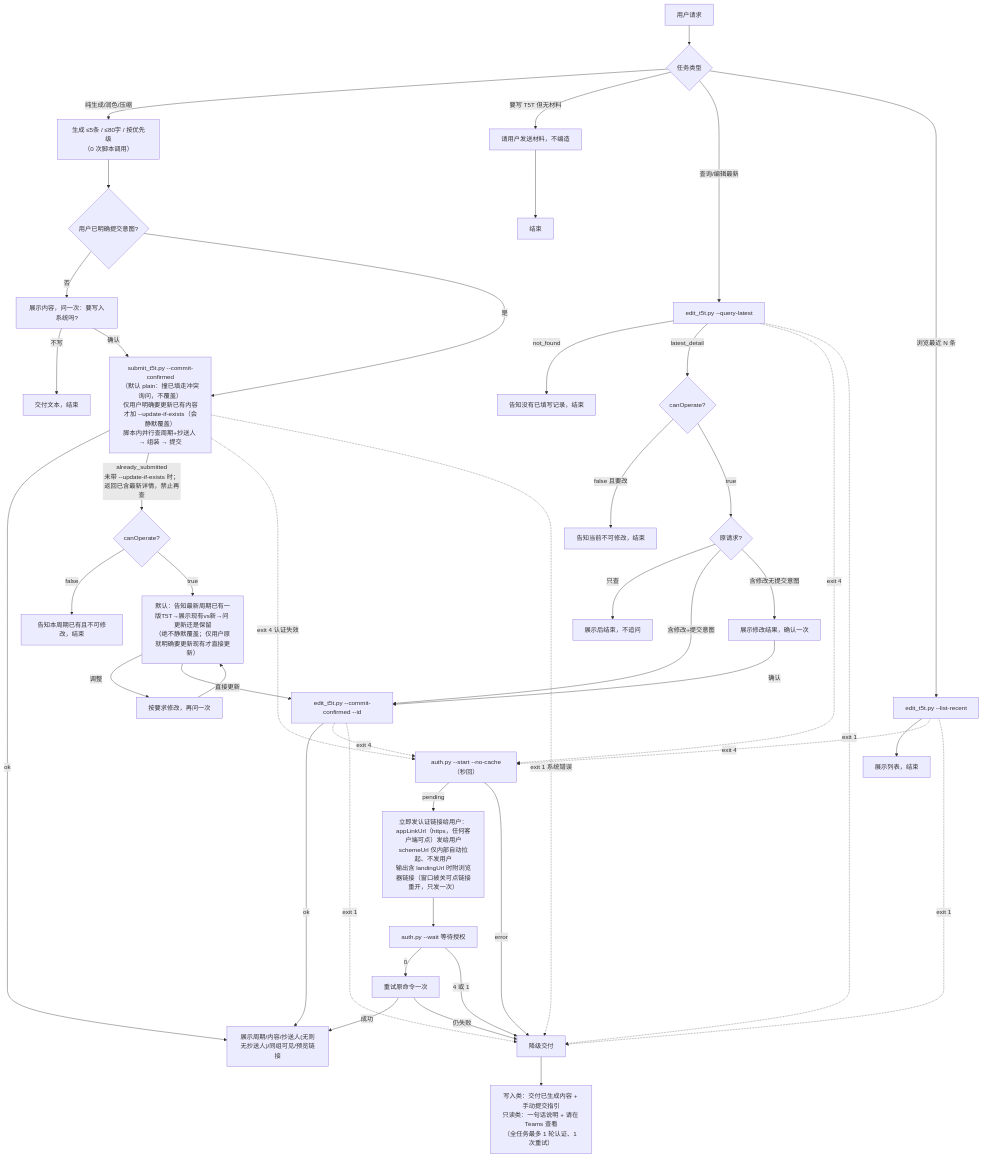
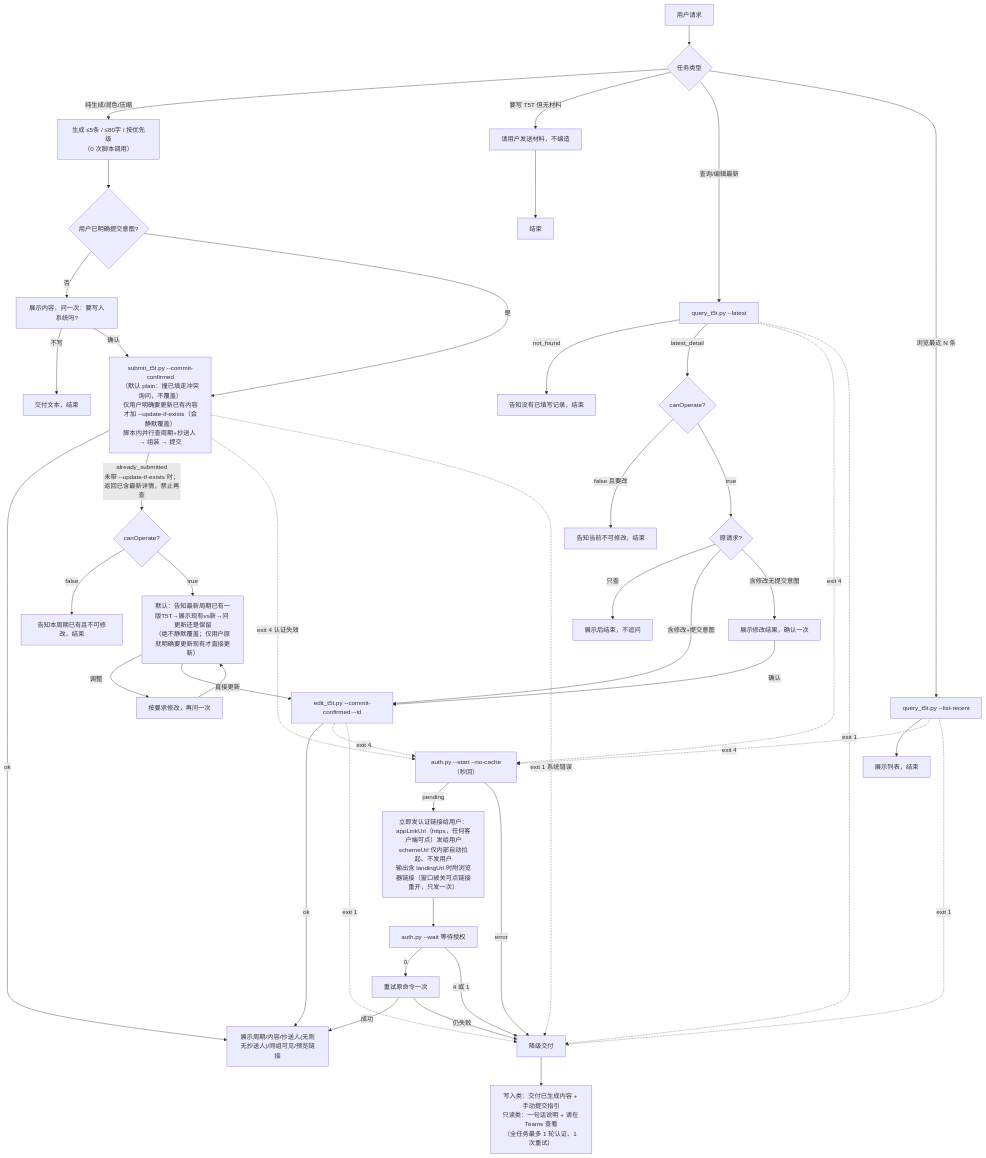
The diagram in t5t-skill/docs/ARCHITECTURE.md (TinySing/codex-skills), drawn with Mermaid before and after one commit. The commit also changed other lines of this file and 19 other files, not shown here.

````diff
--- a/t5t-skill/docs/ARCHITECTURE.md
+++ b/t5t-skill/docs/ARCHITECTURE.md
@@ -121,47 +122,47 @@
 ```mermaid
 flowchart TD
     U[用户请求] --> T{任务类型}
     T -->|纯生成/润色/压缩| A1["生成 ≤5条 / ≤80字 / 按优先级<br/>（0 次脚本调用）"]
     T -->|要写 T5T 但无材料| A0[请用户发送材料，不编造] --> END0[结束]
-    T -->|查询/编辑最新| C["edit_t5t.py --query-latest"]
-    T -->|浏览最近 N 条| D["edit_t5t.py --list-recent"] --> D1[展示列表，结束]
+    T -->|查询/编辑最新| C["query_t5t.py --latest"]
+    T -->|浏览最近 N 条| D["query_t5t.py --list-recent"] --> D1[展示列表，结束]
 
     A1 --> Q{用户已明确提交意图?}
     Q -->|否| C1["展示内容，问一次：要写入系统吗?"]
     C1 -->|不写| END1[交付文本，结束]
     C1 -->|确认| B
     Q -->|是| B["submit_t5t.py --commit-confirmed<br/>（默认 plain：撞已填走冲突询问，不覆盖）<br/>仅用户明确要更新已有内容才加 --update-if-exists（会静默覆盖）<br/>脚本内并行查周期+抄送人 → 组装 → 提交"]
 
     B -->|ok| OK["展示周期/内容/抄送人(无则无抄送人)/同组可见/预览链接"]
     B -->|already_submitted<br/>未带 --update-if-exists 时；返回已含最新详情，禁止再查| X{canOperate?}
     X -->|false| X0[告知本周期已有且不可修改，结束]
     X -->|true| X1["默认：告知最新周期已有一版T5T→展示现有vs新→问 更新还是保留<br/>（绝不静默覆盖；仅用户原就明确要更新现有才直接更新）"]
     X1 -->|调整| X2[按要求修改，再问一次] --> X1
     X1 -->|直接更新| E2["edit_t5t.py --commit-confirmed --id"]
     E2 -->|ok| OK
 
     C -->|not_found| C0[告知没有已填写记录，结束]
     C -->|latest_detail| C2{canOperate?}
     C2 -->|false 且要改| C3[告知当前不可修改，结束]
     C2 -->|true| C4{原请求?}
     C4 -->|只查| C5[展示后结束，不追问]
     C4 -->|含修改+提交意图| E2
     C4 -->|含修改无提交意图| C6[展示修改结果，确认一次] -->|确认| E2
 
     B -.->|exit 4 认证失效| F1["auth.py --start --no-cache（秒回）"]
     C -.->|exit 4| F1
     D -.->|exit 4| F1
     E2 -.->|exit 4| F1
     F1 -->|pending| F2["立即发认证链接给用户：<br/>appLinkUrl（https，任何客户端可点）发给用户<br/>schemeUrl 仅内部自动拉起、不发用户<br/>输出含 landingUrl 时附浏览器链接（窗口被关可点链接重开，只发一次）"]
     F2 --> F3["auth.py --wait 等待授权"]
     F3 -->|0| F4[重试原命令一次]
     F4 -->|成功| OK
     F4 -->|仍失败| G
     F3 -->|4 或 1| G[降级交付]
     F1 -->|error| G
     B -.->|exit 1 系统错误| G
     C -.->|exit 1| G
     D -.->|exit 1| G
     E2 -.->|exit 1| G
     G --> G1["写入类：交付已生成内容 + 手动提交指引<br/>只读类：一句话说明 + 请在 Teams 查看<br/>（全任务最多 1 轮认证、1 次重试）"]
 ```
````
